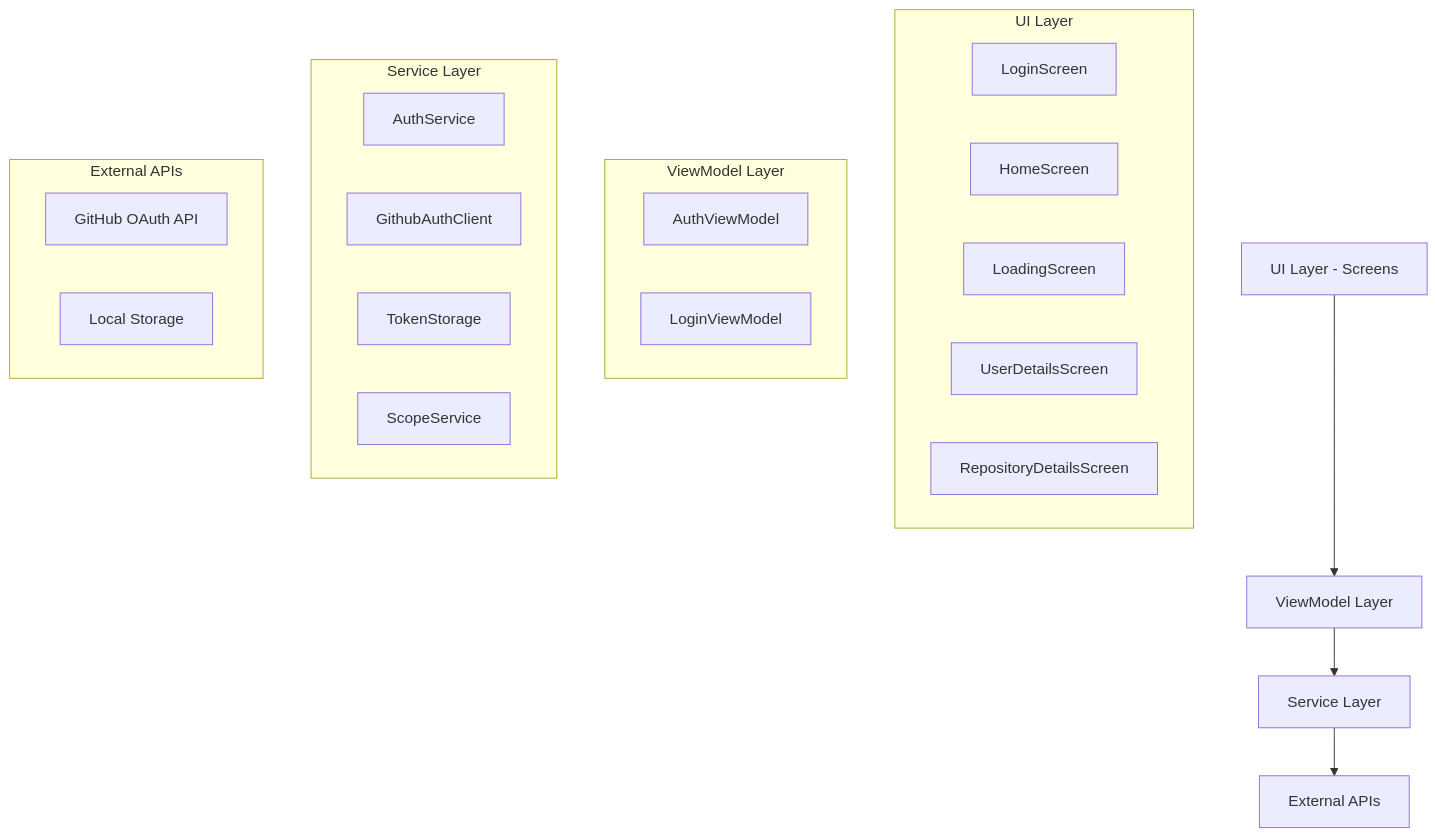
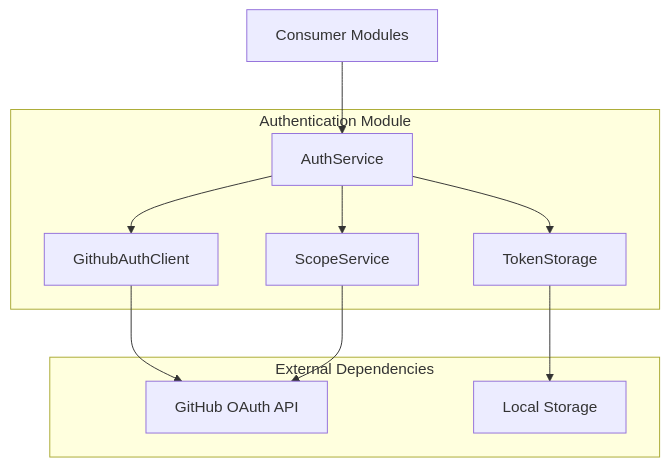
Before and after one commit to jacobdam/gh3: the first of 2 diagrams in .kiro/specs/github-client-authentication/design.md, drawn with Mermaid. The commit also changed other lines of this file and 4 other files, not shown here.

First line of the commit message:
refactor: refine GitHub Client Authentication specification focus

````diff
--- a/.kiro/specs/github-client-authentication/design.md
+++ b/.kiro/specs/github-client-authentication/design.md
@@ -13,31 +13,23 @@
 ```mermaid
 graph TB
-    UI[UI Layer - Screens] --> VM[ViewModel Layer]
-    VM --> SVC[Service Layer]
-    SVC --> EXT[External APIs]
+    CONSUMER[Consumer Modules] --> AUTH[AuthService]
+    AUTH --> CLIENT[GithubAuthClient]
+    AUTH --> TOKEN[TokenStorage]
+    AUTH --> SCOPE[ScopeService]
     
-    subgraph "UI Layer"
-        LOGIN[LoginScreen]
-        HOME[HomeScreen]
-        LOADING[LoadingScreen]
-        USER[UserDetailsScreen]
-        REPO[RepositoryDetailsScreen]
+    CLIENT --> GITHUB[GitHub OAuth API]
+    TOKEN --> STORAGE[Local Storage]
+    SCOPE --> GITHUB
+    
+    subgraph "Authentication Module"
+        AUTH
+        CLIENT
+        TOKEN
+        SCOPE
     end
     
-    subgraph "ViewModel Layer"
-        AUTHVM[AuthViewModel]
-        LOGINVM[LoginViewModel]
-    end
-    
-    subgraph "Service Layer"
-        AUTH[AuthService]
-        CLIENT[GithubAuthClient]
-        TOKEN[TokenStorage]
-        SCOPE[ScopeService]
-    end
-    
-    subgraph "External APIs"
-        GITHUB[GitHub OAuth API]
-        STORAGE[Local Storage]
+    subgraph "External Dependencies"
+        GITHUB
+        STORAGE
     end
 ```
````
